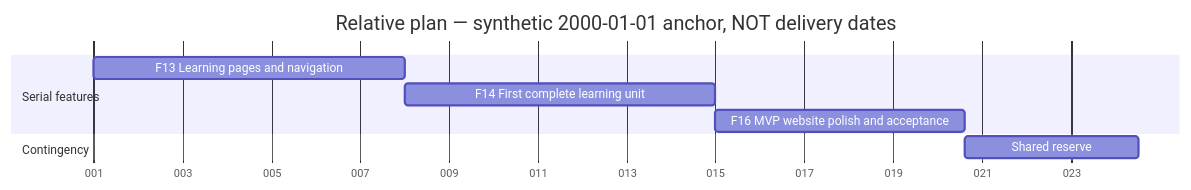
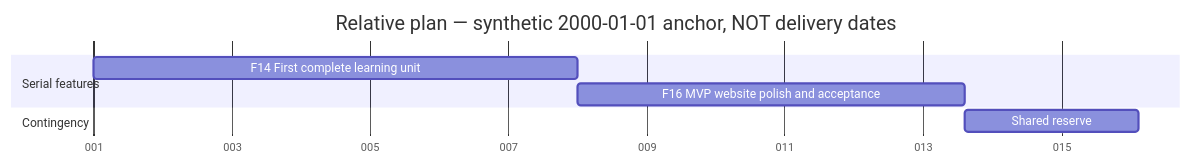
One commit to ziuld/beneath-the-code-page changed the diagram in docs/planning/gantt.mmd. Above: the diagram before and after it, drawn with Mermaid. The commit also changed 11 other files, not shown here.

```diff
--- a/docs/planning/gantt.mmd
+++ b/docs/planning/gantt.mmd
@@ -1,10 +1,9 @@
 gantt
     title Relative plan — synthetic 2000-01-01 anchor, NOT delivery dates
     dateFormat YYYY-MM-DDTHH:mm
     axisFormat %j
     section Serial features
-    F13 Learning pages and navigation :F13, 2000-01-01T00:00, 2000-01-08T00:00
-    F14 First complete learning unit :F14, 2000-01-08T00:00, 2000-01-15T00:00
-    F16 MVP website polish and acceptance :F16, 2000-01-15T00:00, 2000-01-20T14:24
+    F14 First complete learning unit :F14, 2000-01-01T00:00, 2000-01-08T00:00
+    F16 MVP website polish and acceptance :F16, 2000-01-08T00:00, 2000-01-13T14:24
     section Contingency
-    Shared reserve :reserve, 2000-01-20T14:24, 2000-01-24T12:28
+    Shared reserve :reserve, 2000-01-13T14:24, 2000-01-16T02:52
```
